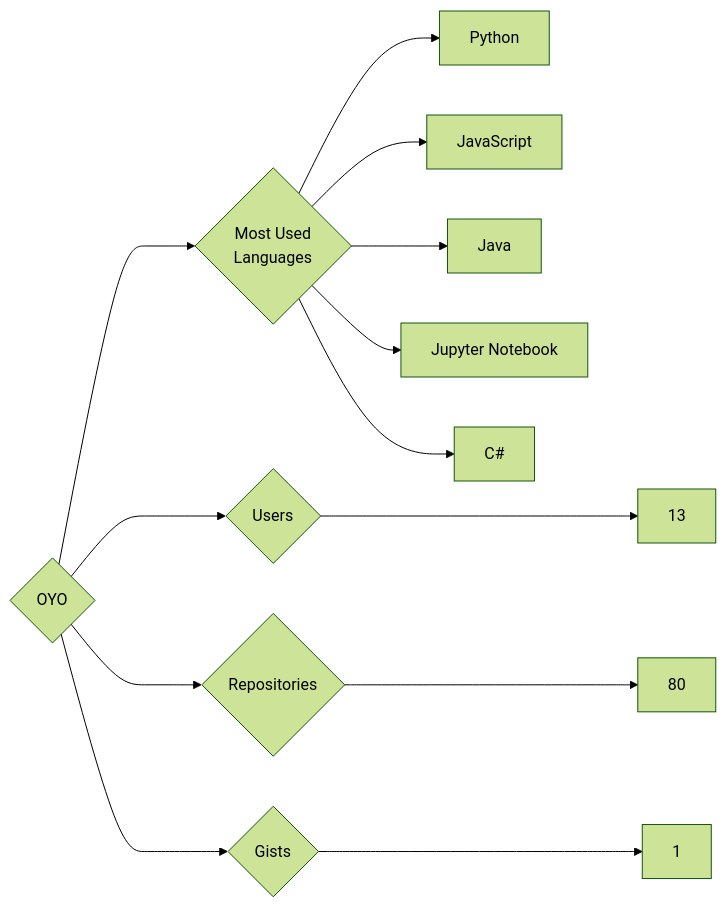
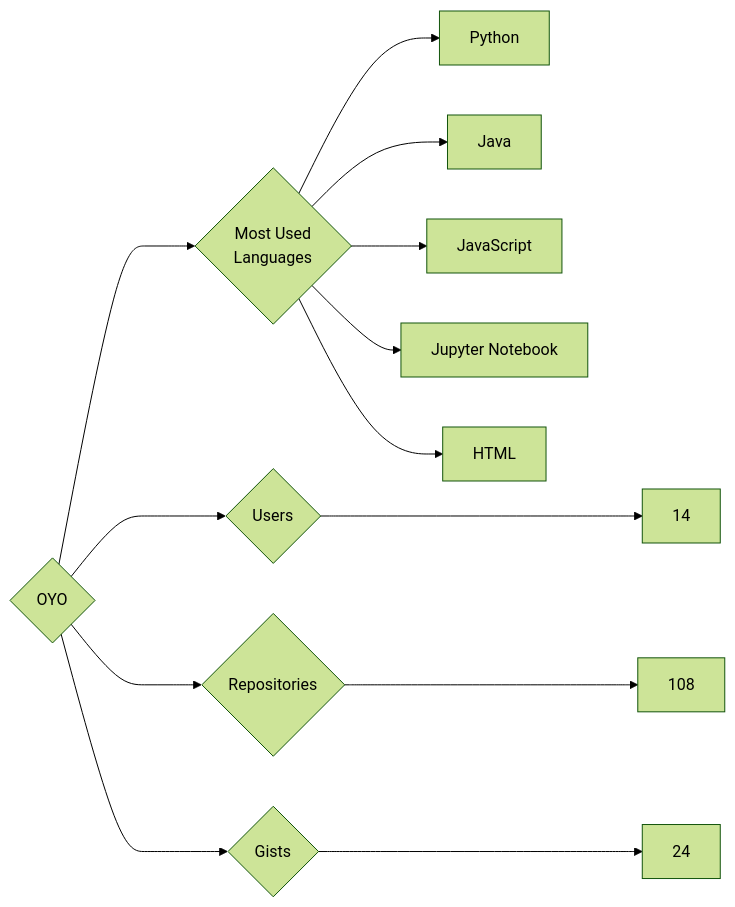
The diagram in targets/OYO/README.md (trickest/insiders), drawn with Mermaid (forest theme) before and after one commit. The commit also changed 1484 other files, not shown here.

````diff
--- a/targets/OYO/README.md
+++ b/targets/OYO/README.md
@@ -3,13 +3,13 @@
 ```mermaid
 graph LR
 COMPANY_NAME{OYO}
-COMPANY_NAME ---> U{Users} ---> UN[13]
-COMPANY_NAME ---> R{Repositories} ---> RN[80]
-COMPANY_NAME ---> G{Gists} ---> GN[1]
+COMPANY_NAME ---> U{Users} ---> UN[14]
+COMPANY_NAME ---> R{Repositories} ---> RN[108]
+COMPANY_NAME ---> G{Gists} ---> GN[24]
 COMPANY_NAME ---> ML{Most Used<br>Languages}
 ML --> Python[Python]
+ML --> Java[Java]
 ML --> JavaScript[JavaScript]
-ML --> Java[Java]
 ML --> Jupyter_Notebook[Jupyter Notebook]
-ML --> C#[C#]
+ML --> HTML[HTML]
 ```
````
